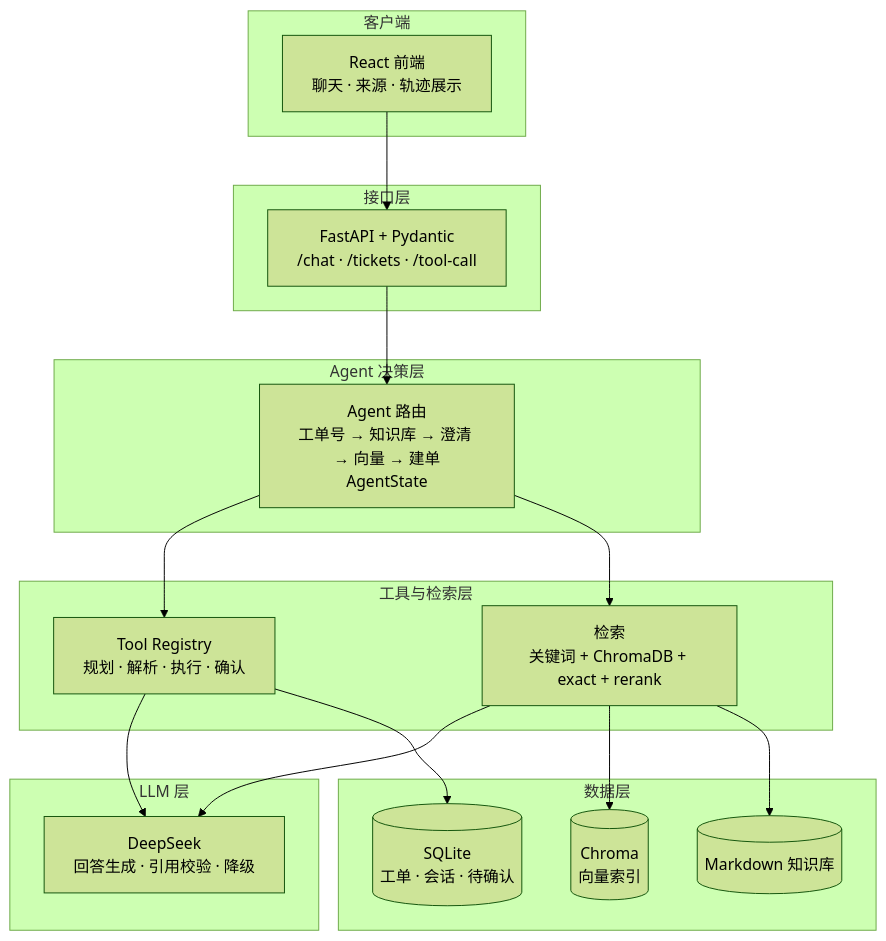
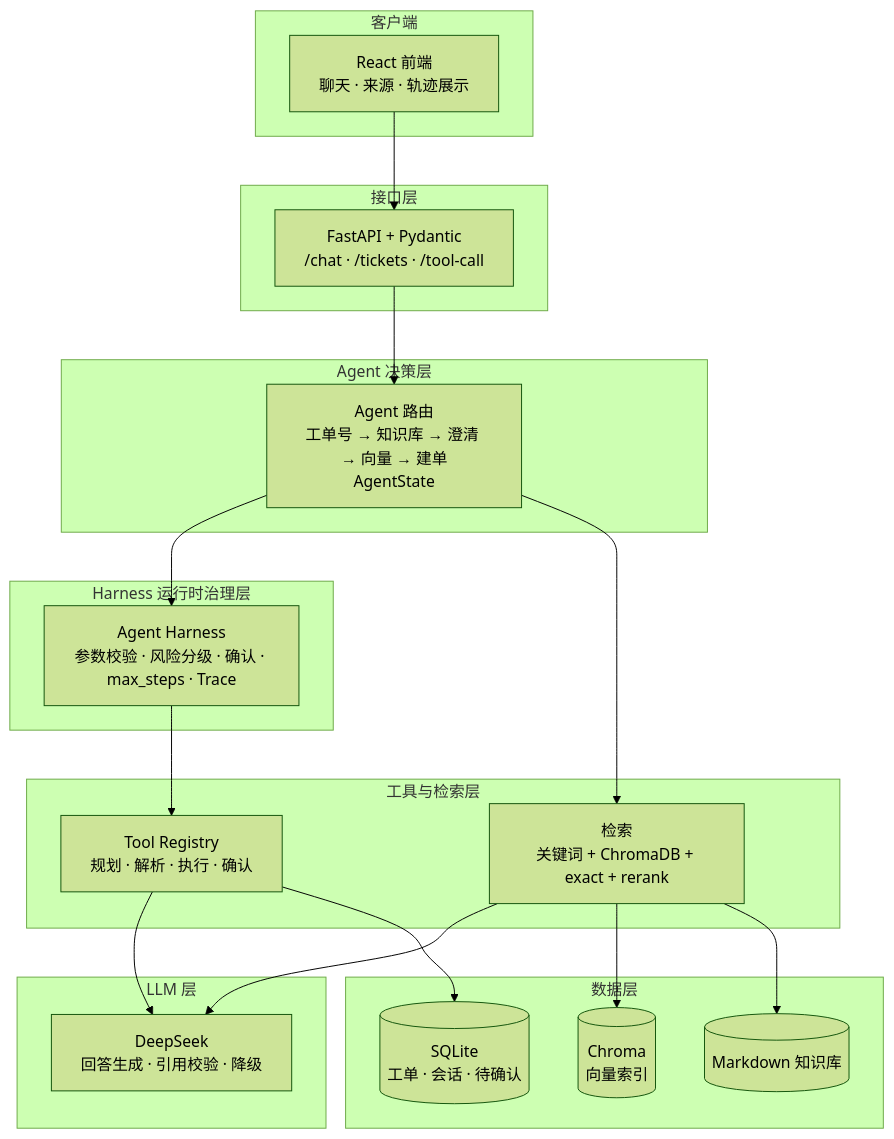
The diagram in README.md (FEI77321/enterprise-support-agent), drawn with Mermaid (forest theme) before and after one commit. The commit also changed other lines of this file and 20 other files, not shown here.

Commit message:
feat: add agent harness governance

````diff
--- a/README.md
+++ b/README.md
@@ -72,34 +74,38 @@
 ```mermaid
 graph TD
     subgraph 客户端
         FE[React 前端<br/>聊天 · 来源 · 轨迹展示]
     end
     subgraph 接口层
         API[FastAPI + Pydantic<br/>/chat · /tickets · /tool-call]
     end
     subgraph Agent 决策层
         AGENT[Agent 路由<br/>工单号 → 知识库 → 澄清 → 向量 → 建单<br/>AgentState]
+    end
+    subgraph Harness 运行时治理层
+        HARNESS[Agent Harness<br/>参数校验 · 风险分级 · 确认 · max_steps · Trace]
     end
     subgraph 工具与检索层
         TOOLS[Tool Registry<br/>规划 · 解析 · 执行 · 确认]
         RAG[检索<br/>关键词 + ChromaDB + exact + rerank]
     end
     subgraph LLM 层
         LLM[DeepSeek<br/>回答生成 · 引用校验 · 降级]
     end
     subgraph 数据层
         DB[(SQLite<br/>工单 · 会话 · 待确认)]
         VEC[(Chroma<br/>向量索引)]
         DOCS[(Markdown 知识库)]
     end
 
     FE --> API
     API --> AGENT
-    AGENT --> TOOLS
+    AGENT --> HARNESS
+    HARNESS --> TOOLS
     AGENT --> RAG
     TOOLS --> LLM
     RAG --> LLM
     TOOLS --> DB
     RAG --> VEC
     RAG --> DOCS
 ```
````
